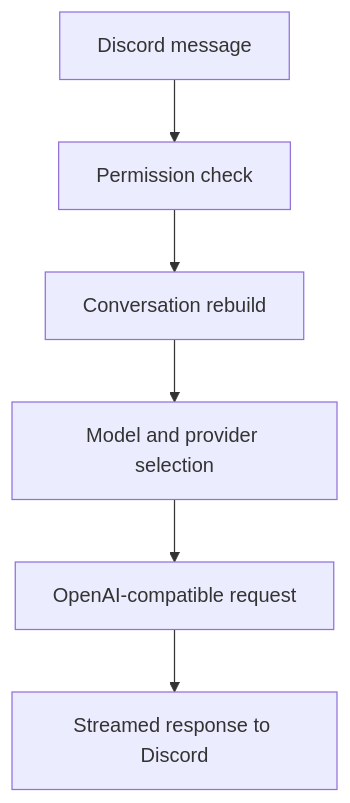
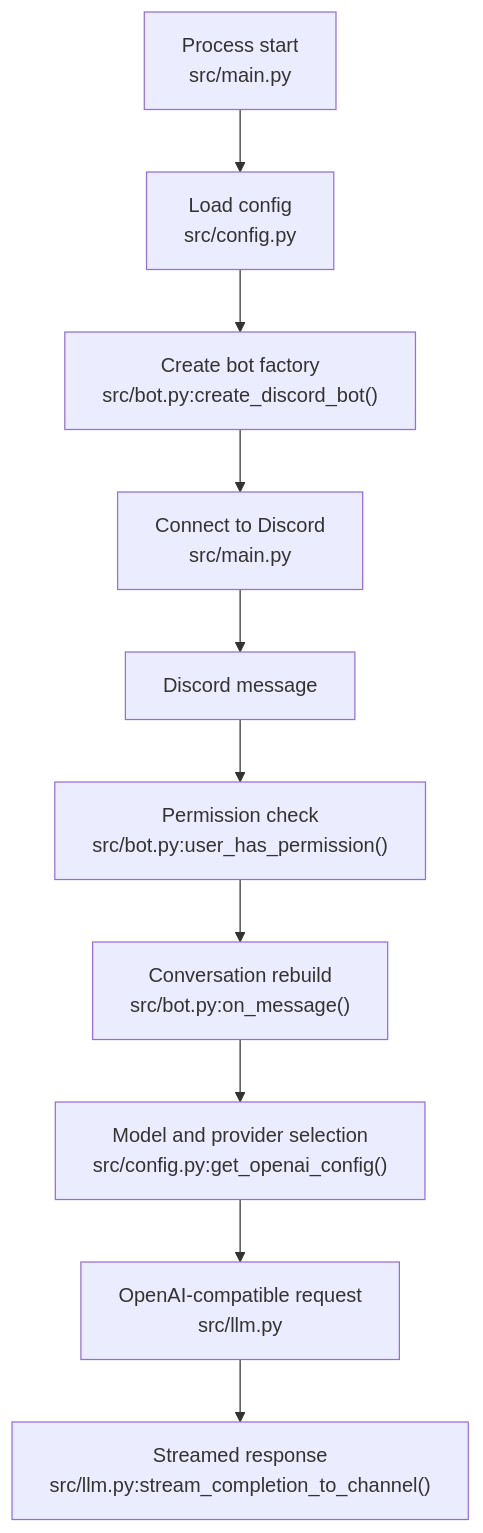
The second of 2 diagrams in ARCHITECTURE.md (noti0nS/llmcord), drawn with Mermaid before and after one commit. The commit also changed other lines of this file and 16 other files, not shown here.

````diff
--- a/ARCHITECTURE.md
+++ b/ARCHITECTURE.md
@@ -50,8 +54,12 @@
 ```mermaid
 graph TD
-    A[Discord message] --> B[Permission check]
-    B --> C[Conversation rebuild]
-    C --> D[Model and provider selection]
-    D --> E[OpenAI-compatible request]
-    E --> F[Streamed response to Discord]
+    A["Process start<br/>src/main.py"] --> B["Load config<br/>src/config.py"]
+    B --> C["Create bot factory<br/>src/bot.py:create_discord_bot()"]
+    C --> D["Connect to Discord<br/>src/main.py"]
+    D --> E[Discord message]
+    E --> F["Permission check<br/>src/bot.py:user_has_permission()"]
+    F --> G["Conversation rebuild<br/>src/bot.py:on_message()"]
+    G --> H["Model and provider selection<br/>src/config.py:get_openai_config()"]
+    H --> I["OpenAI-compatible request<br/>src/llm.py"]
+    I --> J["Streamed response<br/>src/llm.py:stream_completion_to_channel()"]
 ```
````
